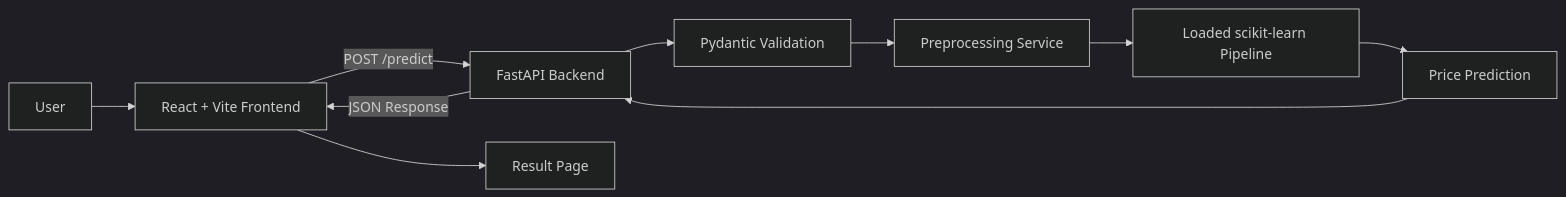
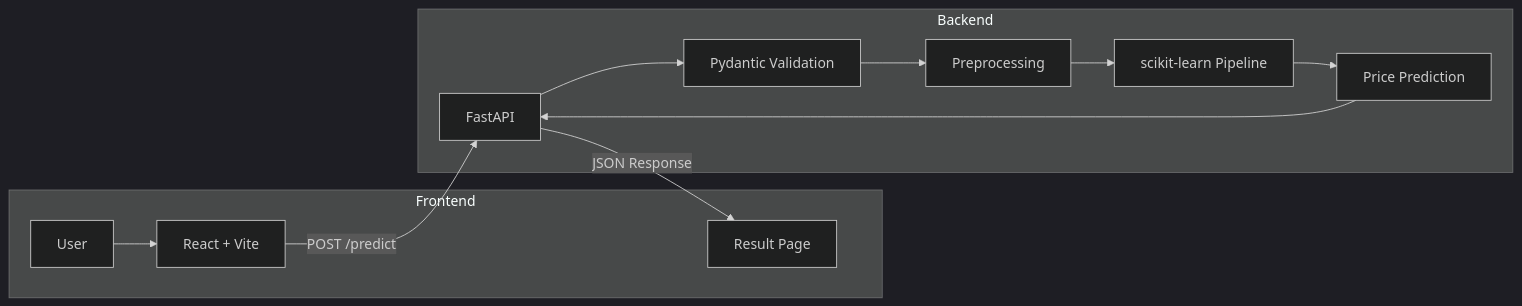
The diagram in README.md (12345678910Ganna/ML-house-price-prediction), drawn with Mermaid (dark theme) before and after one commit.

Commit message:
Refactor architecture diagram for clarity

````diff
--- a/README.md
+++ b/README.md
@@ -26,12 +26,25 @@
 ```mermaid
 flowchart LR
-    A[User] --> B[React + Vite Frontend]
-    B -->|POST /predict| C[FastAPI Backend]
-    C --> D[Pydantic Validation]
-    D --> E[Preprocessing Service]
-    E --> F[Loaded scikit-learn Pipeline]
-    F --> G[Price Prediction]
+    subgraph Frontend
+        A[User]
+        B[React + Vite]
+        H[Result Page]
+    end
+
+    subgraph Backend
+        C[FastAPI]
+        D[Pydantic Validation]
+        E[Preprocessing]
+        F[scikit-learn Pipeline]
+        G[Price Prediction]
+    end
+
+    A --> B
+    B -->|POST /predict| C
+    C --> D
+    D --> E
+    E --> F
+    F --> G
     G --> C
-    C -->|JSON Response| B
-    B --> H[Result Page]
+    C -->|JSON Response| H
 ```
````
